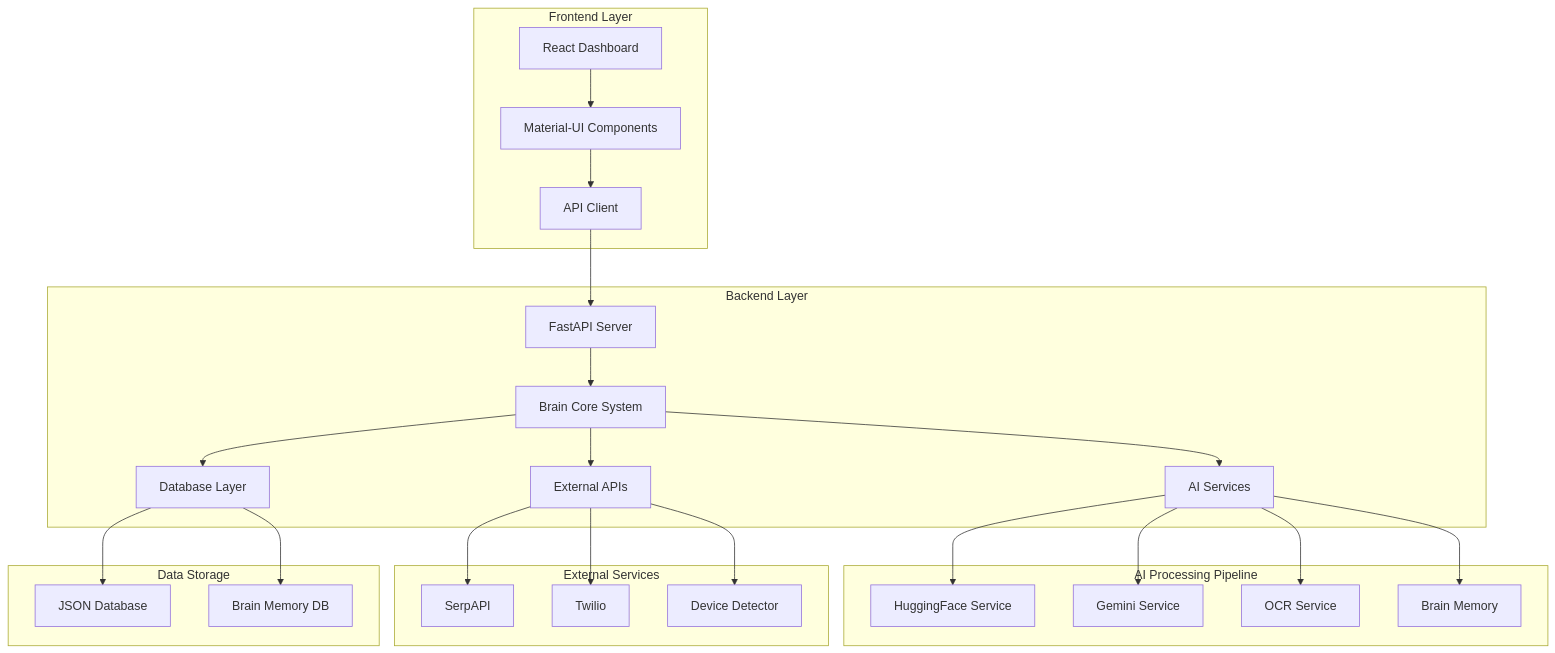
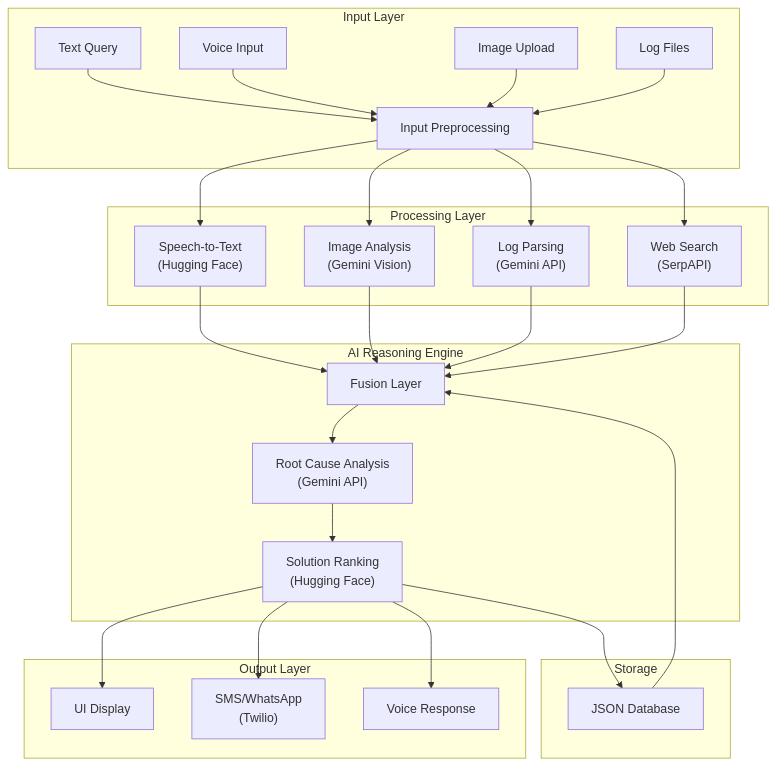
One commit to codexcherry/SmartFix-AI changed the first of 2 diagrams in README.md. Above: the diagram before and after it, drawn with Mermaid. The commit also changed other lines of this file, not shown here.

````diff
--- a/README.md
+++ b/README.md
@@ -30,34 +30,48 @@
 ```mermaid
-graph TB
-    subgraph "Frontend Layer"
-        A[React Dashboard] --> B[Material-UI Components]
-        B --> C[API Client]
+flowchart TD
+    subgraph "Input Layer"
+        A1["Text Query"] --> B
+        A2["Voice Input"] --> B
+        A3["Image Upload"] --> B
+        A4["Log Files"] --> B
+        B["Input Preprocessing"]
     end
     
-    subgraph "Backend Layer"
-        D[FastAPI Server] --> E[Brain Core System]
-        E --> F[AI Services]
-        E --> G[External APIs]
-        E --> H[Database Layer]
+    subgraph "Processing Layer"
+        C1["Speech-to-Text<br/>(Hugging Face)"]
+        C2["Image Analysis<br/>(Gemini Vision)"]
+        C3["Log Parsing<br/>(Gemini API)"]
+        C4["Web Search<br/>(SerpAPI)"]
+        B --> C1
+        B --> C2
+        B --> C3
+        B --> C4
     end
     
-    subgraph "AI Processing Pipeline"
-        F --> I[HuggingFace Service]
-        F --> J[Gemini Service]
-        F --> K[OCR Service]
-        F --> L[Brain Memory]
+    subgraph "AI Reasoning Engine"
+        D["Fusion Layer"]
+        E["Root Cause Analysis<br/>(Gemini API)"]
+        F["Solution Ranking<br/>(Hugging Face)"]
+        C1 --> D
+        C2 --> D
+        C3 --> D
+        C4 --> D
+        D --> E
+        E --> F
     end
     
-    subgraph "External Services"
-        G --> M[SerpAPI]
-        G --> N[Twilio]
-        G --> O[Device Detector]
+    subgraph "Output Layer"
+        G1["UI Display"]
+        G2["SMS/WhatsApp<br/>(Twilio)"]
+        G3["Voice Response"]
+        F --> G1
+        F --> G2
+        F --> G3
     end
     
-    subgraph "Data Storage"
-        H --> P[JSON Database]
-        H --> Q[Brain Memory DB]
+    subgraph "Storage"
+        H["JSON Database"]
+        F --> H
+        H --> D
     end
-    
-    C --> D
 ```
````
